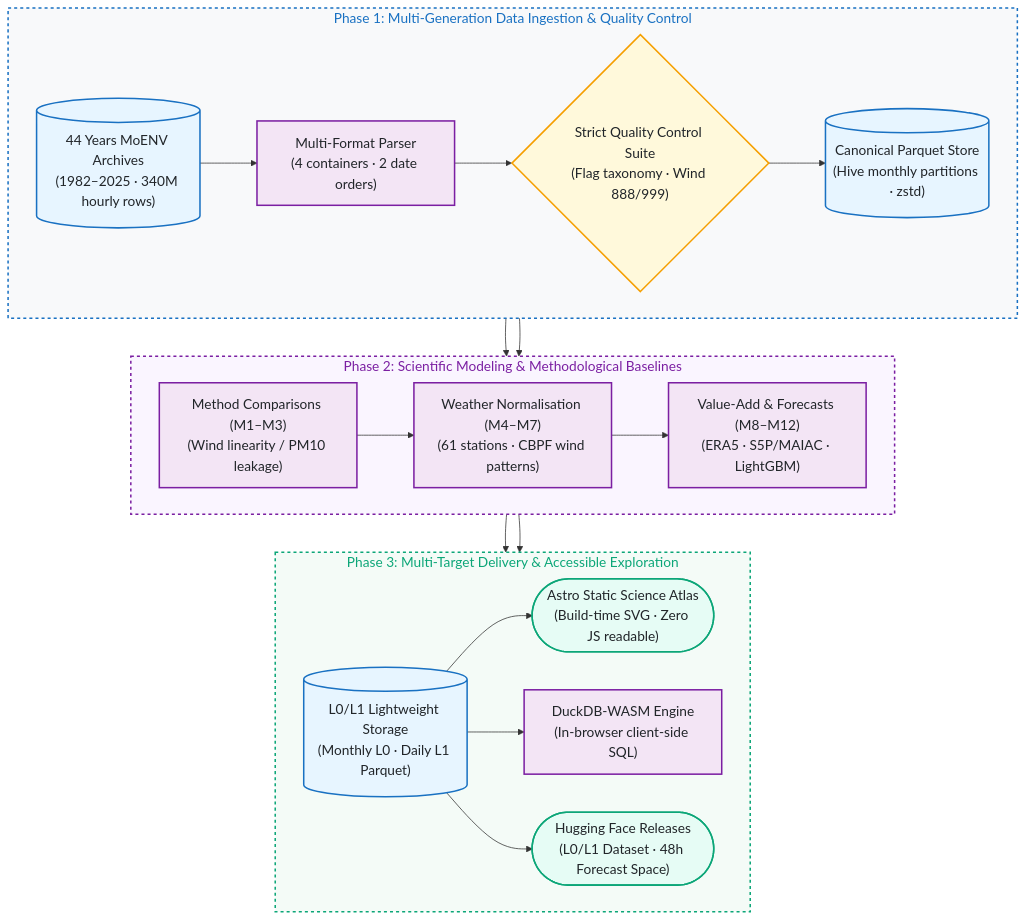
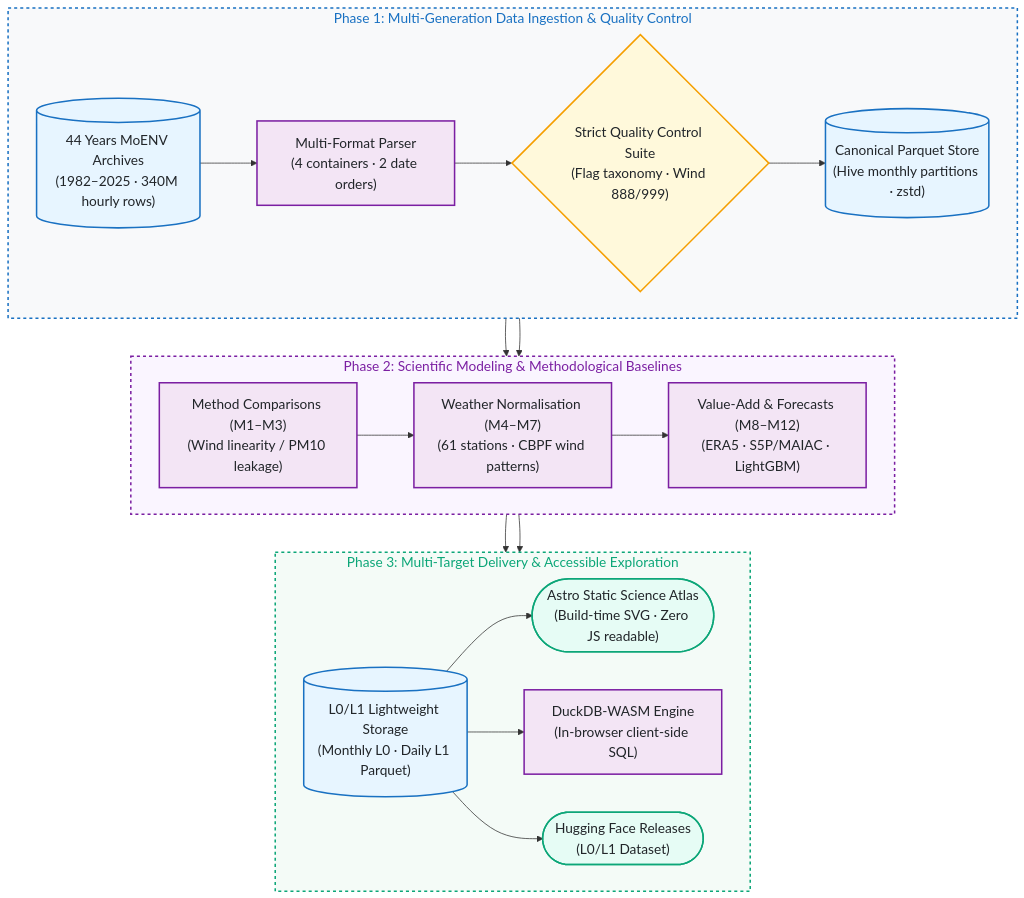
The first of 2 diagrams in README.en.md (kuotunyu/air-quality), drawn with Mermaid before and after one commit. The commit also changed other lines of this file and 2 other files, not shown here.

````diff
--- a/README.en.md
+++ b/README.en.md
@@ -29,34 +29,34 @@
 ```mermaid
 %%{init: {'themeVariables': {'fontSize': '18px'}}}%%
 flowchart TD
     subgraph IngestStage ["Phase 1: Multi-Generation Data Ingestion & Quality Control"]
         direction LR
         RawData[("44 Years MoENV Archives<br/>(1982–2025 · 340M hourly rows)")] --> Parse["Multi-Format Parser<br/>(4 containers · 2 date orders)"] --> QC{"Strict Quality Control Suite<br/>(Flag taxonomy · Wind 888/999)"} --> Store[("Canonical Parquet Store<br/>(Hive monthly partitions · zstd)")]
     end
 
     subgraph ModelStage ["Phase 2: Scientific Modeling & Methodological Baselines"]
         direction LR
         Store --> M3["Method Comparisons (M1–M3)<br/>(Wind linearity / PM10 leakage)"] --> M4["Weather Normalisation (M4–M7)<br/>(61 stations · CBPF wind patterns)"] --> M8["Value-Add & Forecasts (M8–M12)<br/>(ERA5 · S5P/MAIAC · LightGBM)"]
     end
 
     subgraph DeliveryStage ["Phase 3: Multi-Target Delivery & Accessible Exploration"]
         direction LR
-        M8 --> WebLayer[("L0/L1 Lightweight Storage<br/>(Monthly L0 · Daily L1 Parquet)")] --> Site(["Astro Static Science Atlas<br/>(Build-time SVG · Zero JS readable)"]) & WASM["DuckDB-WASM Engine<br/>(In-browser client-side SQL)"] & HF(["Hugging Face Releases<br/>(L0/L1 Dataset · 48h Forecast Space)"])
+        M8 --> WebLayer[("L0/L1 Lightweight Storage<br/>(Monthly L0 · Daily L1 Parquet)")] --> Site(["Astro Static Science Atlas<br/>(Build-time SVG · Zero JS readable)"]) & WASM["DuckDB-WASM Engine<br/>(In-browser client-side SQL)"] & HF(["Hugging Face Releases<br/>(L0/L1 Dataset)"])
     end
 
     IngestStage --> ModelStage --> DeliveryStage
 
     classDef srcStyle fill:#e7f5ff,stroke:#1971c2,stroke-width:2px,color:#212529
     classDef procStyle fill:#f3e5f5,stroke:#7b1fa2,stroke-width:2px,color:#212529
     classDef condStyle fill:#fff9db,stroke:#f59f00,stroke-width:2px,color:#212529
     classDef evalStyle fill:#e6fcf5,stroke:#0ca678,stroke-width:2px,color:#212529
 
     class RawData,Store,WebLayer srcStyle
     class Parse,M3,M4,M8,WASM procStyle
     class QC condStyle
     class Site,HF evalStyle
 
     style IngestStage fill:#f8f9fa,stroke:#1971c2,stroke-width:2px,color:#1971c2,stroke-dasharray: 4 4
     style ModelStage fill:#faf5ff,stroke:#7b1fa2,stroke-width:2px,color:#7b1fa2,stroke-dasharray: 4 4
     style DeliveryStage fill:#f4fbf7,stroke:#0ca678,stroke-width:2px,color:#0ca678,stroke-dasharray: 4 4
 ```
````
